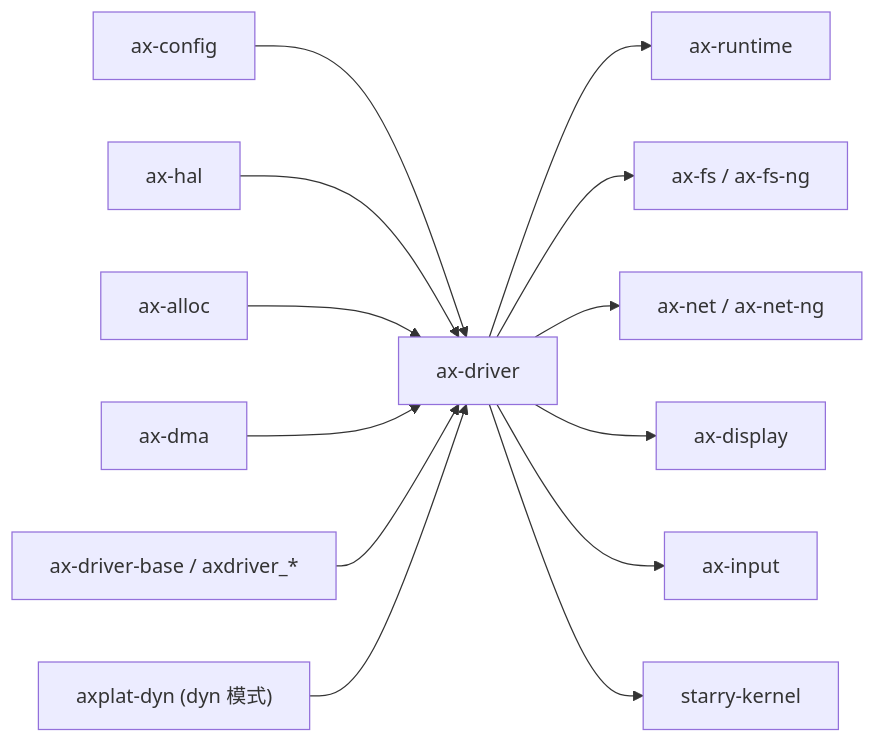
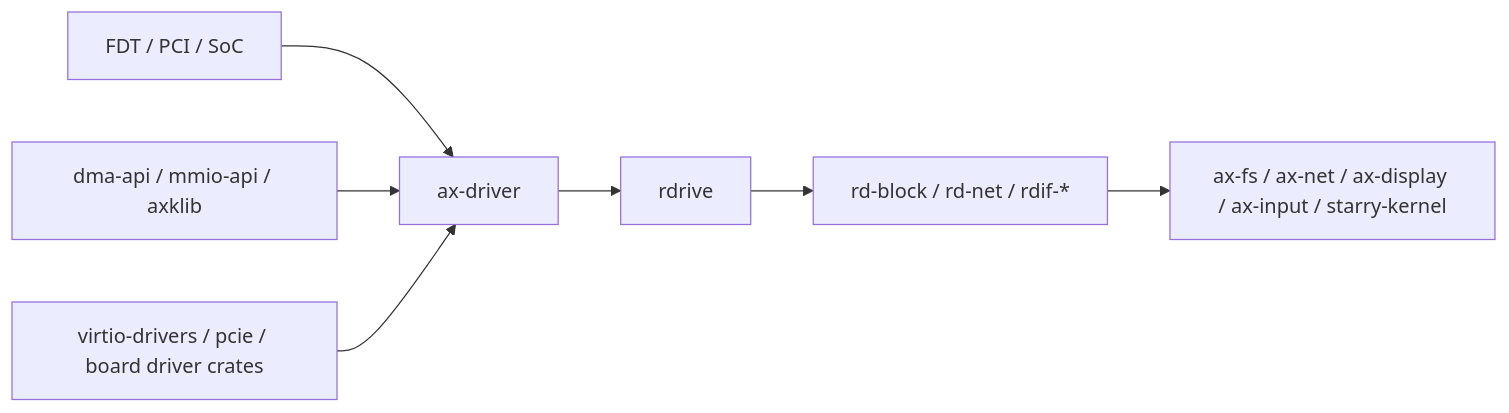
Before and after one commit to rcore-os/tgoskits: the diagram in docs/docs/components/crates/ax-driver.md, drawn with Mermaid. The commit also changed other lines of this file and 90 other files, not shown here.

````diff
--- a/docs/docs/components/crates/ax-driver.md
+++ b/docs/docs/components/crates/ax-driver.md
@@ -124,16 +26,9 @@
 ```mermaid
 graph LR
-    axconfig["ax-config"] --> ax-driver["ax-driver"]
-    ax-hal["ax-hal"] --> ax-driver
-    ax-alloc["ax-alloc"] --> ax-driver
-    ax_dma["ax-dma"] --> ax-driver
-    ax_driver_base["ax-driver-base / axdriver_*"] --> ax-driver
-    axplat_dyn["axplat-dyn (dyn 模式)"] --> ax-driver
-
-    ax-driver --> ax-runtime["ax-runtime"]
-    ax-driver --> ax-fs["ax-fs / ax-fs-ng"]
-    ax-driver --> ax-net["ax-net / ax-net-ng"]
-    ax-driver --> ax-display["ax-display"]
-    ax-driver --> ax-input["ax-input"]
-    ax-driver --> starry_kernel["starry-kernel"]
+    platform["FDT / PCI / SoC"] --> ax_driver["ax-driver"]
+    dma["dma-api / mmio-api / axklib"] --> ax_driver
+    concrete["virtio-drivers / pcie / board driver crates"] --> ax_driver
+    ax_driver --> rdrive["rdrive"]
+    rdrive --> rdif["rd-block / rd-net / rdif-*"]
+    rdif --> upper["ax-fs / ax-net / ax-display / ax-input / starry-kernel"]
 ```
````
